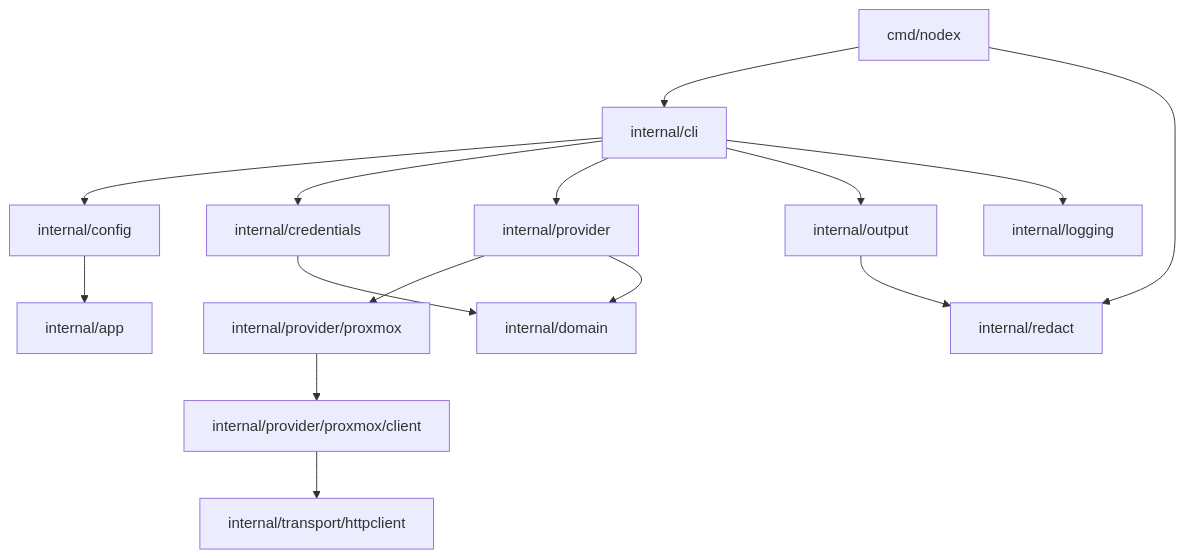
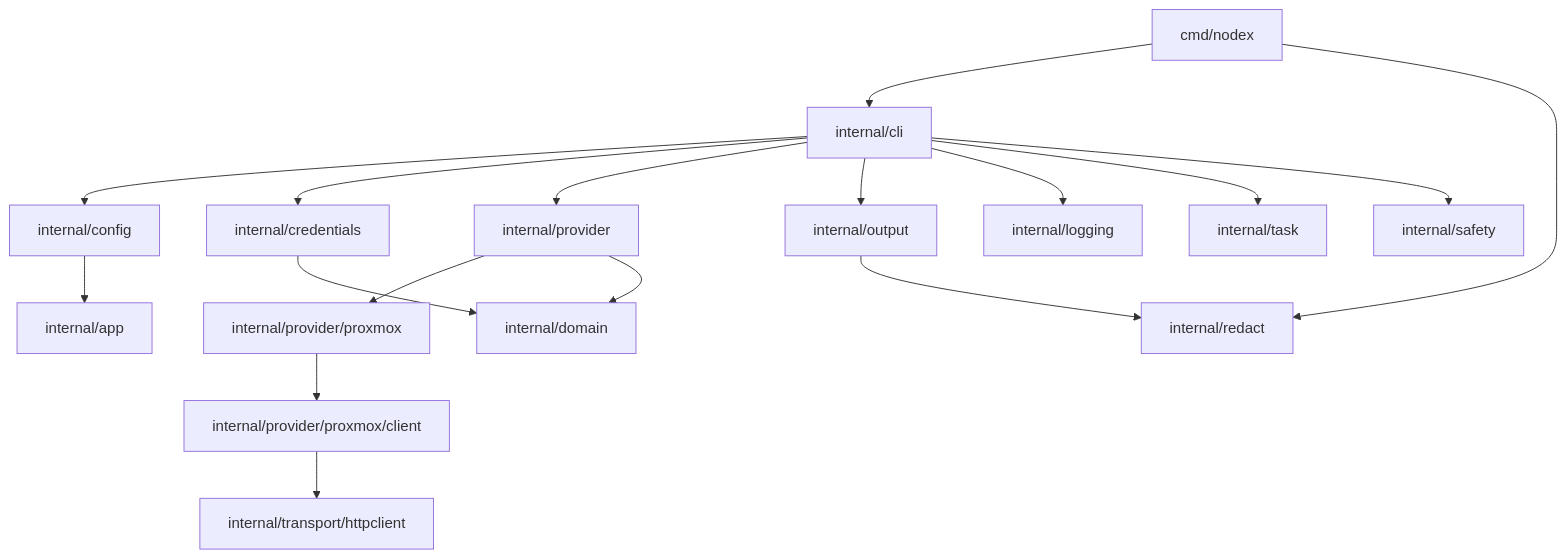
Before and after one commit to geoffmcc/nodex: the diagram in docs/architecture.md, drawn with Mermaid. The commit also changed other lines of this file and 9 other files, not shown here.

````diff
--- a/docs/architecture.md
+++ b/docs/architecture.md
@@ -7,17 +7,19 @@
 ```mermaid
 flowchart TD
     main[cmd/nodex] --> cli[internal/cli]
     cli --> config[internal/config]
     cli --> credentials[internal/credentials]
     cli --> provider[internal/provider]
     cli --> output[internal/output]
     cli --> logging[internal/logging]
+    cli --> task[internal/task]
+    cli --> safety[internal/safety]
     provider --> proxmox[internal/provider/proxmox]
     proxmox --> proxclient[internal/provider/proxmox/client]
     proxclient --> httpclient[internal/transport/httpclient]
     config --> app[internal/app]
     credentials --> domain[internal/domain]
     provider --> domain
     output --> redact[internal/redact]
     main --> redact
 ```
````
